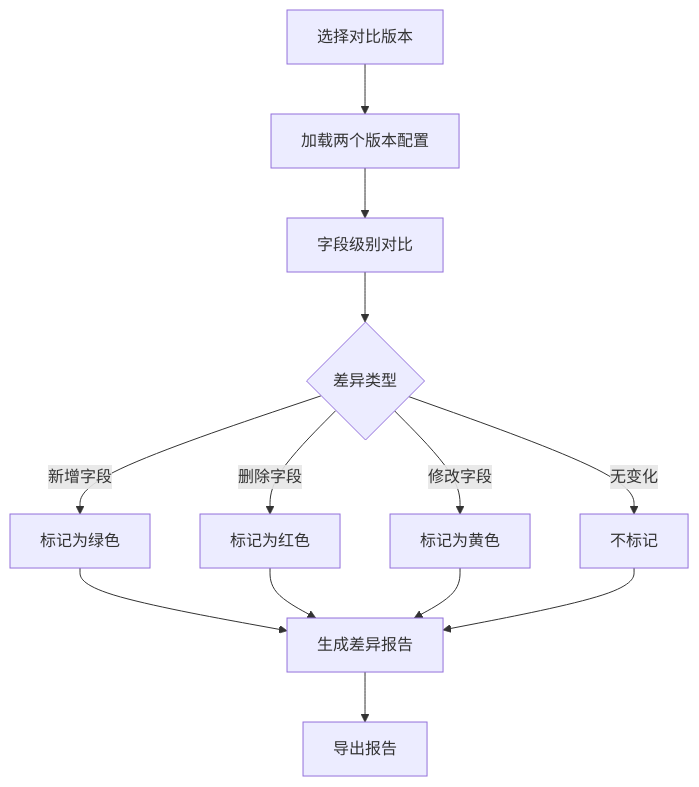
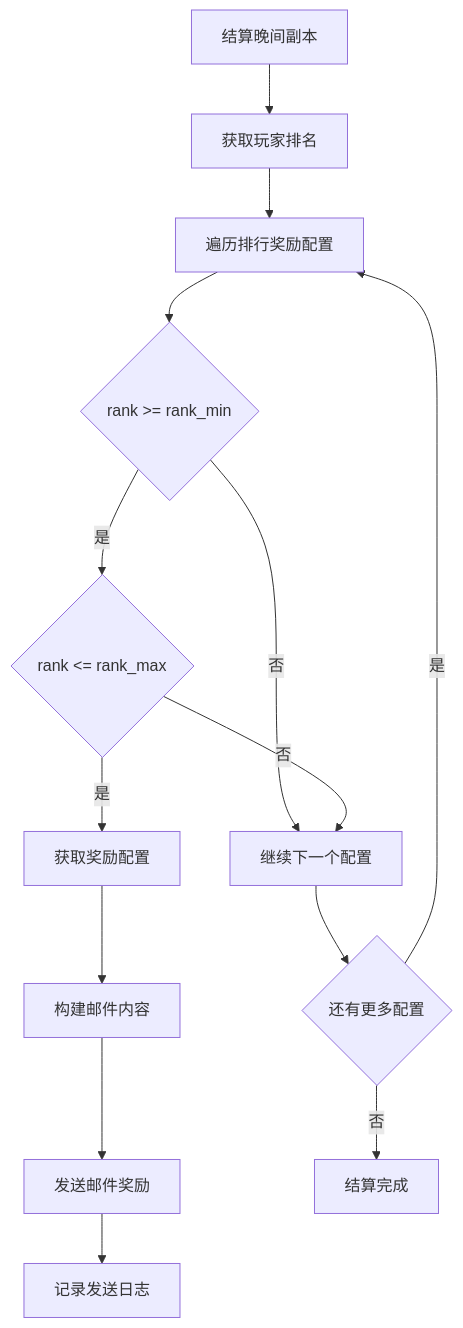
Diagram 14 of 15 in docs/Module_Dungeon/01_数据配表.md (Alan-Ben/k2c_game_framework), drawn with Mermaid before and after one commit. The commit also changed other lines of this file and 5 other files, not shown here.

````diff
--- a/docs/Module_Dungeon/01_数据配表.md
+++ b/docs/Module_Dungeon/01_数据配表.md
@@ -2030,18 +1480,16 @@
 ```mermaid
 flowchart TD
-    A[选择对比版本] --> B[加载两个版本配置]
-    B --> C[字段级别对比]
-    C --> D{差异类型}
-
-    D -->|新增字段| E[标记为绿色]
-    D -->|删除字段| F[标记为红色]
-    D -->|修改字段| G[标记为黄色]
-    D -->|无变化| H[不标记]
-
-    E --> I[生成差异报告]
-    F --> I
-    G --> I
-    H --> I
-
-    I --> J[导出报告]
+    A[结算晚间副本] --> B[获取玩家排名]
+    B --> C[遍历排行奖励配置]
+    C --> D{rank >= rank_min}
+    D -->|否| E[继续下一个配置]
+    D -->|是| F{rank <= rank_max}
+    F -->|否| E
+    F -->|是| G[获取奖励配置]
+    G --> H[构建邮件内容]
+    H --> I[发送邮件奖励]
+    I --> J[记录发送日志]
+    E --> K{还有更多配置}
+    K -->|是| C
+    K -->|否| L[结算完成]
 ```
````
